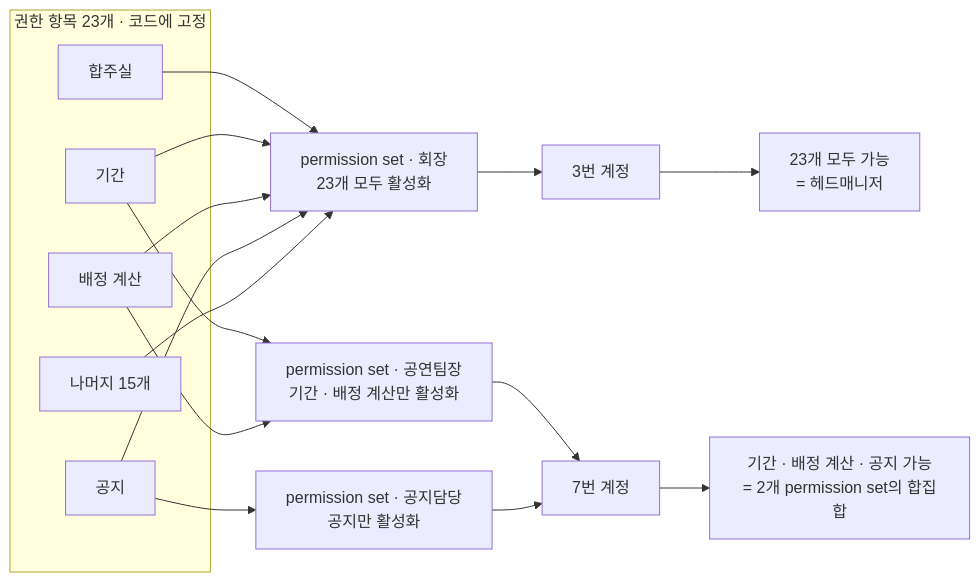
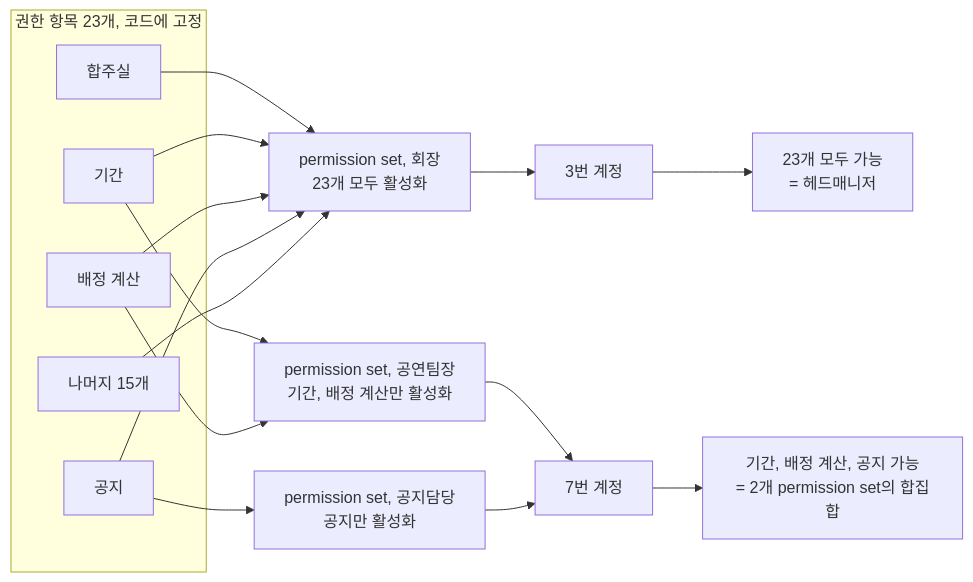
Before and after one commit to minkong-dev/Banblit: the third of 4 diagrams in .cluedoc/accounts-and-roles/accounts-and-roles.md, drawn with Mermaid. The commit also changed other lines of this file and 21 other files, not shown here.

````diff
--- a/.cluedoc/accounts-and-roles/accounts-and-roles.md
+++ b/.cluedoc/accounts-and-roles/accounts-and-roles.md
@@ -399,23 +390,23 @@
 ```mermaid
 flowchart LR
-    subgraph I[권한 항목 23개 · 코드에 고정]
+    subgraph I[권한 항목 23개, 코드에 고정]
         A1[합주실]
         A2[기간]
         A3[배정 계산]
         A4[공지]
         A5[나머지 15개]
     end
     A1 --> B1
     A2 --> B1
     A3 --> B1
     A4 --> B1
     A5 --> B1
     A2 --> B2
     A3 --> B2
     A4 --> B3
-    B1[permission set · 회장<br/>23개 모두 활성화] --> M1[3번 계정]
-    B2[permission set · 공연팀장<br/>기간 · 배정 계산만 활성화] --> M2[7번 계정]
-    B3[permission set · 공지담당<br/>공지만 활성화] --> M2
+    B1[permission set, 회장<br/>23개 모두 활성화] --> M1[3번 계정]
+    B2[permission set, 공연팀장<br/>기간, 배정 계산만 활성화] --> M2[7번 계정]
+    B3[permission set, 공지담당<br/>공지만 활성화] --> M2
     M1 --> R1[23개 모두 가능<br/>= 헤드매니저]
-    M2 --> R2[기간 · 배정 계산 · 공지 가능<br/>= 2개 permission set의 합집합]
+    M2 --> R2[기간, 배정 계산, 공지 가능<br/>= 2개 permission set의 합집합]
 ```
````
